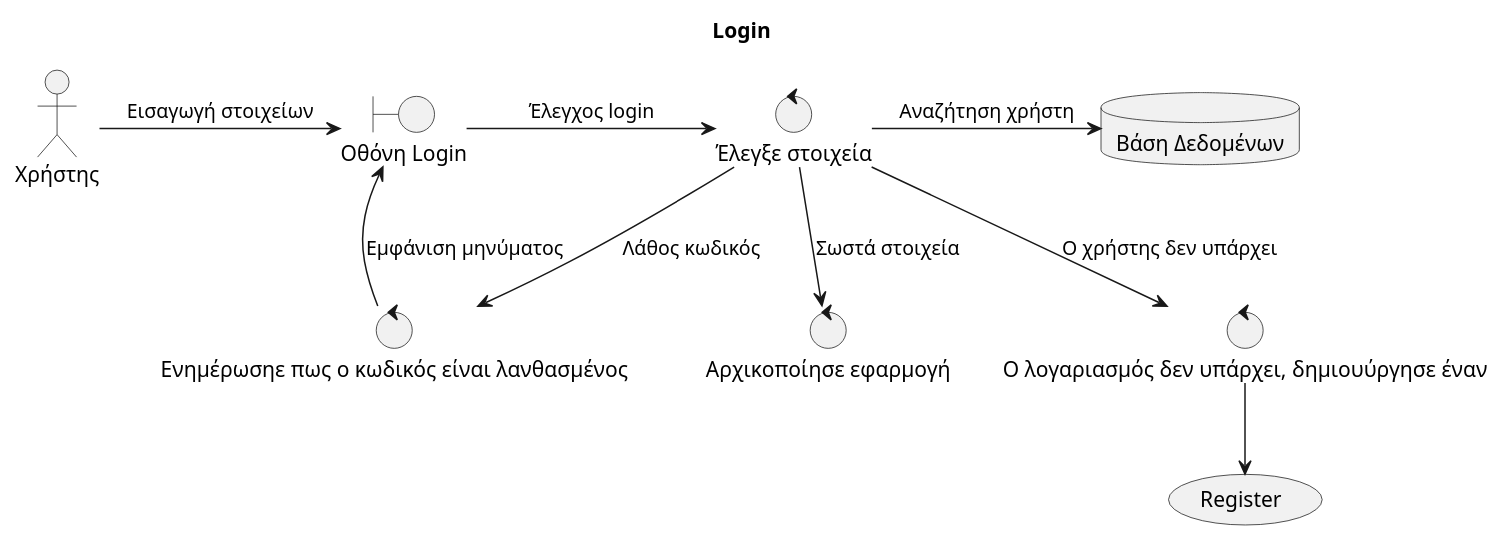
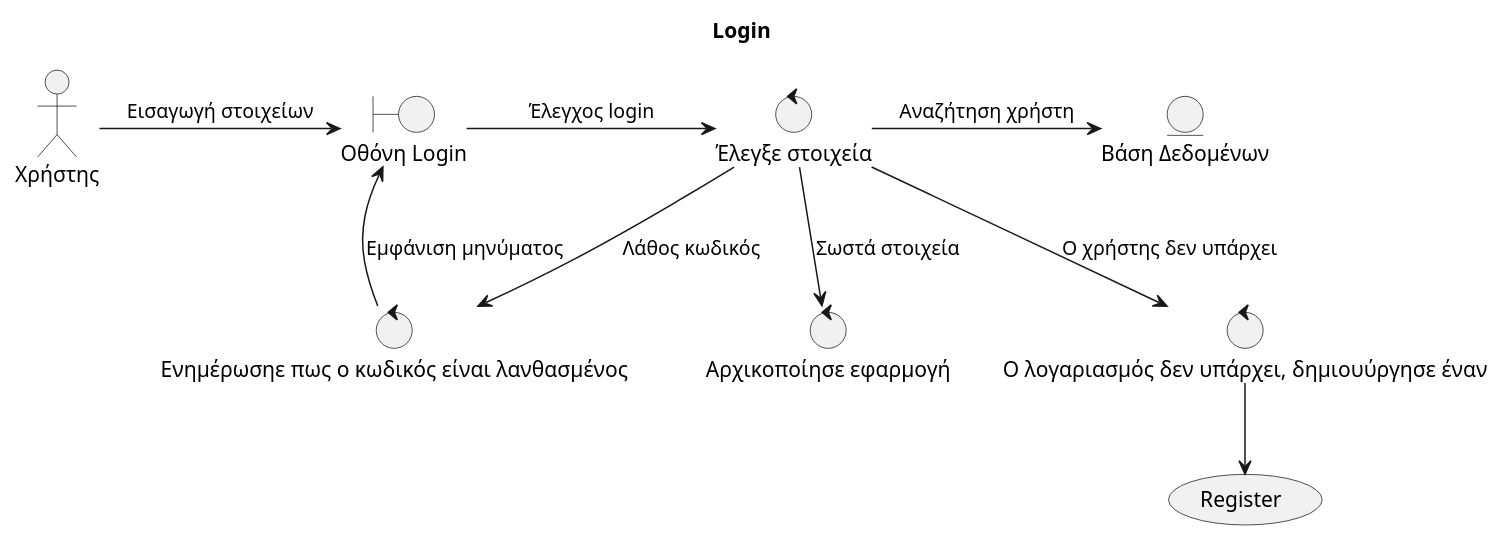
The diagram in Paradoteo_3/RobustnessDiagrams/Login.puml (RubenKingCP/Namify), drawn with PlantUML before and after one commit. The commit also changed 17 other files, not shown here.

Commit message:
Made changes to robustness diagrams (except those regarding premium purchases)

```diff
--- a/Paradoteo_3/RobustnessDiagrams/Login.puml
+++ b/Paradoteo_3/RobustnessDiagrams/Login.puml
@@ -1,28 +1,28 @@
 @startuml Login
 
 title Login
 
 actor "Χρήστης" as User
 
 boundary "Οθόνη Login" as LoginScreen
 control "Έλεγξε στοιχεία" as Auth
-database "Βάση Δεδομένων" as DB
+entity "Βάση Δεδομένων" as DB
 control "Αρχικοποίησε εφαρμογή" as InitApp
 control "Ενημέρωσηε πως ο κωδικός είναι λανθασμένος" as WrongPass
 control "Ο λογαριασμός δεν υπάρχει, δημιουύργησε έναν" as CreateAccount
 usecase "Register" as Register
 
 User -> LoginScreen : Εισαγωγή στοιχείων
 
 LoginScreen -> Auth : Έλεγχος login
 Auth -> DB : Αναζήτηση χρήστη
 
 Auth --> InitApp : Σωστά στοιχεία
 
 Auth --> WrongPass : Λάθος κωδικός
 WrongPass --> LoginScreen : Εμφάνιση μηνύματος
 
 Auth --> CreateAccount : Ο χρήστης δεν υπάρχει
 CreateAccount --> Register
 
 @enduml
```
